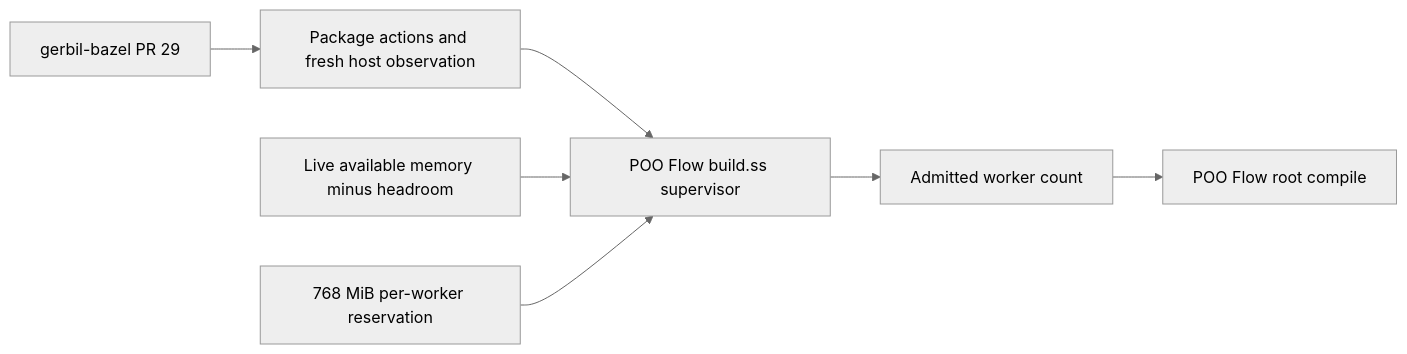
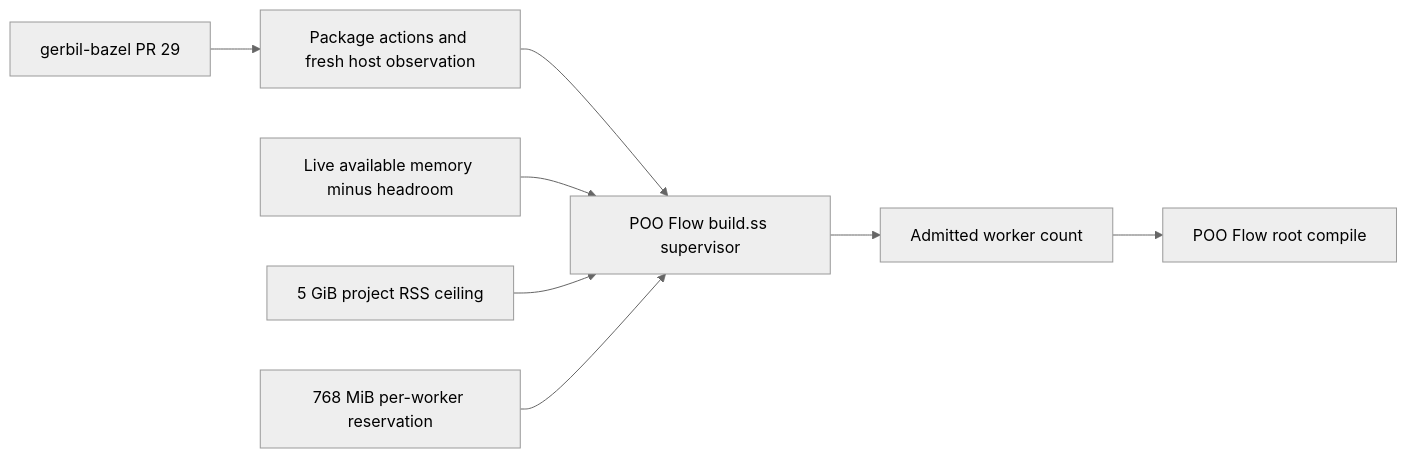
One commit to tao3k/poo-flow changed the tenth of 10 diagrams in docs/10-19-design/10.06-poo-module-system/156-gerbil-bazel-pr29-downstream-performance-receipt.org. Above: the diagram before and after it, drawn with Mermaid (neutral theme). The commit also changed other lines of this file and 184 other files, not shown here.

```diff
--- a/docs/10-19-design/10.06-poo-module-system/156-gerbil-bazel-pr29-downstream-performance-receipt.org
+++ b/docs/10-19-design/10.06-poo-module-system/156-gerbil-bazel-pr29-downstream-performance-receipt.org
@@ -829,17 +833,19 @@
 #+begin_src mermaid
 flowchart LR
   GB["gerbil-bazel PR 29"]
   Package["Package actions and fresh host observation"]
   Root["POO Flow build.ss supervisor"]
   Live["Live available memory minus headroom"]
+  Ceiling["5 GiB project RSS ceiling"]
   Floor["768 MiB per-worker reservation"]
   Workers["Admitted worker count"]
   Compile["POO Flow root compile"]
 
   GB --> Package
   Package --> Root
   Live --> Root
+  Ceiling --> Root
   Floor --> Root
   Root --> Workers
   Workers --> Compile
 #+end_src
```
